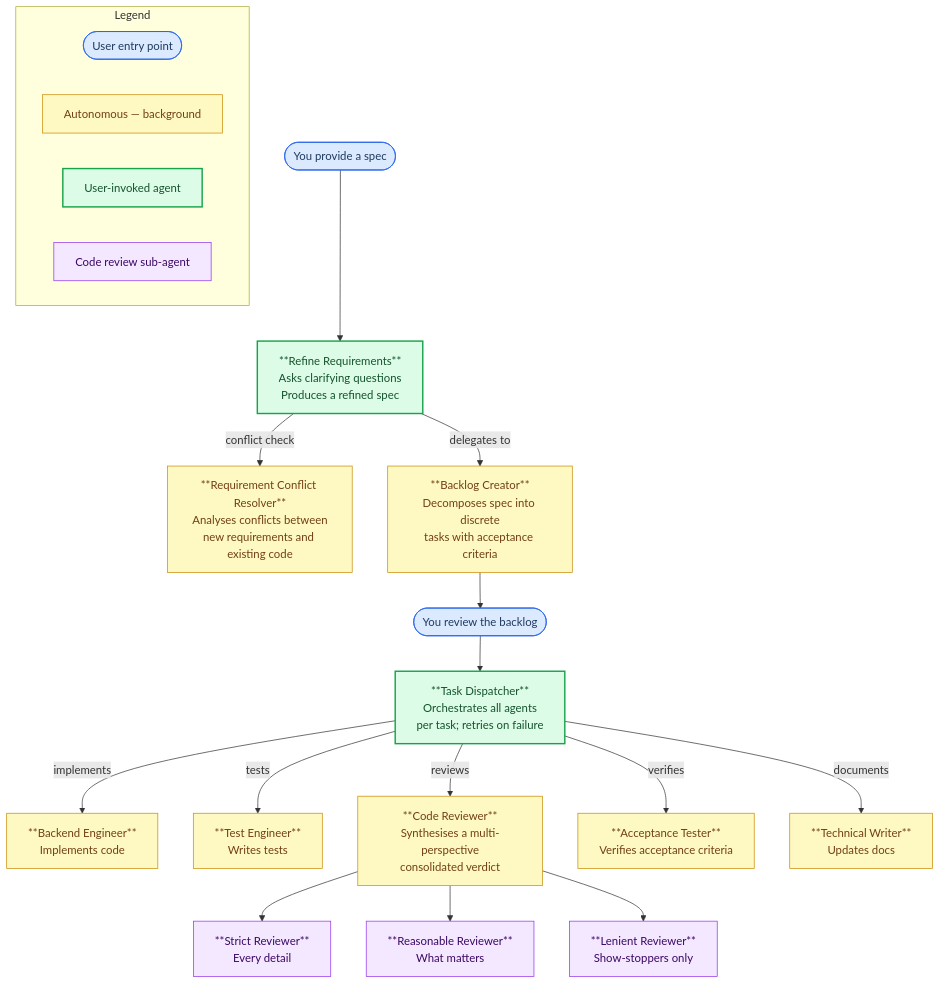
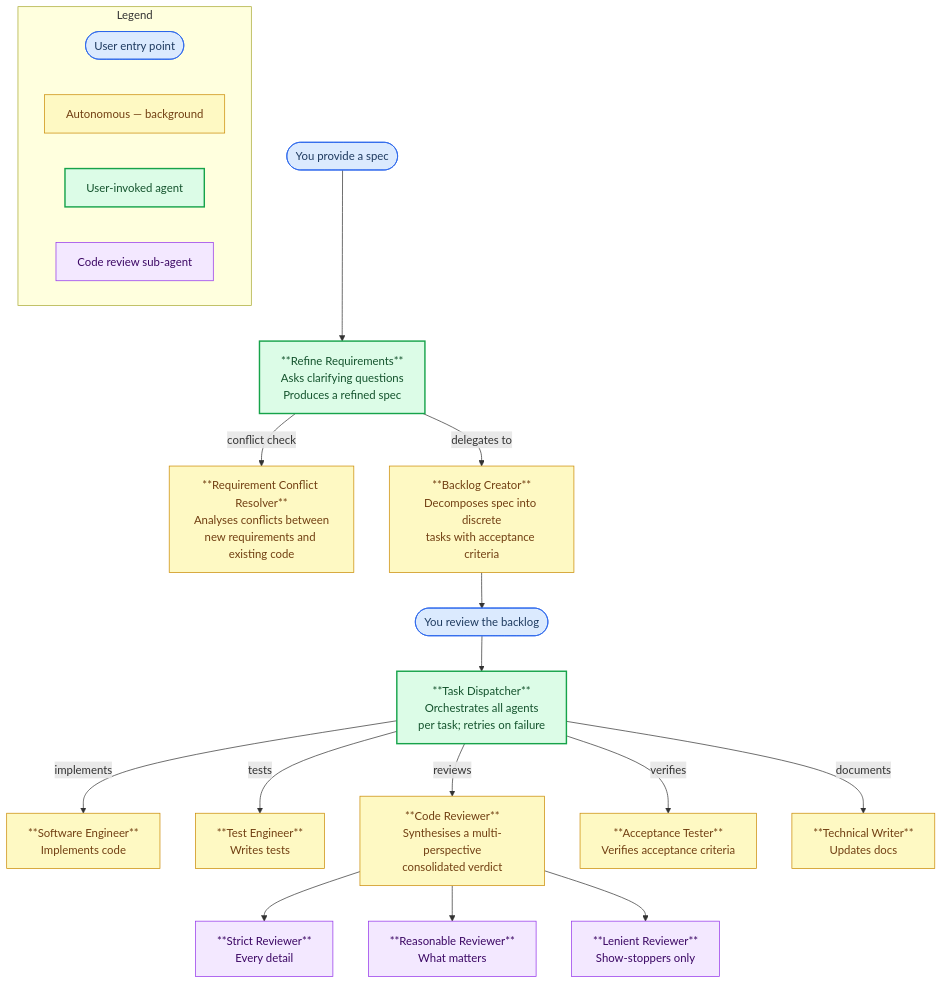
The diagram in README.md (steveofficer/squadron), drawn with Mermaid before and after one commit. The commit also changed other lines of this file and 14 other files, not shown here.

First line of the commit message:
refactor(agents): rename Backend Engineer to Software Engineer (#11)

````diff
--- a/README.md
+++ b/README.md
@@ -32,46 +32,46 @@
 ```mermaid
 flowchart TD
     U1(["You provide a spec"]):::user
     U2(["You review the backlog"]):::user
 
     RR["**Refine Requirements**<br/>Asks clarifying questions<br/>Produces a refined spec"]:::entrypoint
     RCR["**Requirement Conflict Resolver**<br/>Analyses conflicts between<br/>new requirements and existing code"]:::autonomous
     BC["**Backlog Creator**<br/>Decomposes spec into discrete<br/>tasks with acceptance criteria"]:::autonomous
     DISP["**Task Dispatcher**<br/>Orchestrates all agents<br/>per task; retries on failure"]:::entrypoint
 
-    BE["**Backend Engineer**<br/>Implements code"]:::autonomous
+    BE["**Software Engineer**<br/>Implements code"]:::autonomous
     TE["**Test Engineer**<br/>Writes tests"]:::autonomous
     CR["**Code Reviewer**<br/>Synthesises a multi-perspective<br/>consolidated verdict"]:::autonomous
     AT["**Acceptance Tester**<br/>Verifies acceptance criteria"]:::autonomous
     TW["**Technical Writer**<br/>Updates docs"]:::autonomous
 
     SR["**Strict Reviewer**<br/>Every detail"]:::subreview
     RRev["**Reasonable Reviewer**<br/>What matters"]:::subreview
     LR["**Lenient Reviewer**<br/>Show-stoppers only"]:::subreview
 
     U1         --> RR
     RR         -- "delegates to" --> BC
     RR         -- "conflict check" --> RCR
     BC         --> U2
     U2         --> DISP
     DISP       -- "implements"   --> BE
     DISP       -- "tests"        --> TE
     DISP       -- "reviews"      --> CR
     DISP       -- "verifies"     --> AT
     DISP       -- "documents"    --> TW
     CR         --> SR
     CR         --> RRev
     CR         --> LR
 
     subgraph legend["Legend"]
         L1(["User entry point"]):::user
         L2["Autonomous — background"]:::autonomous
         L3["User-invoked agent"]:::entrypoint
         L4["Code review sub-agent"]:::subreview
     end
 
     classDef user       fill:#dbeafe,stroke:#2563eb,color:#1e3a5f
     classDef entrypoint fill:#dcfce7,stroke:#16a34a,color:#14532d,stroke-width:2px
     classDef autonomous fill:#fef9c3,stroke:#ca8a04,color:#713f12
     classDef subreview  fill:#f3e8ff,stroke:#9333ea,color:#3b0764
 ```
````
